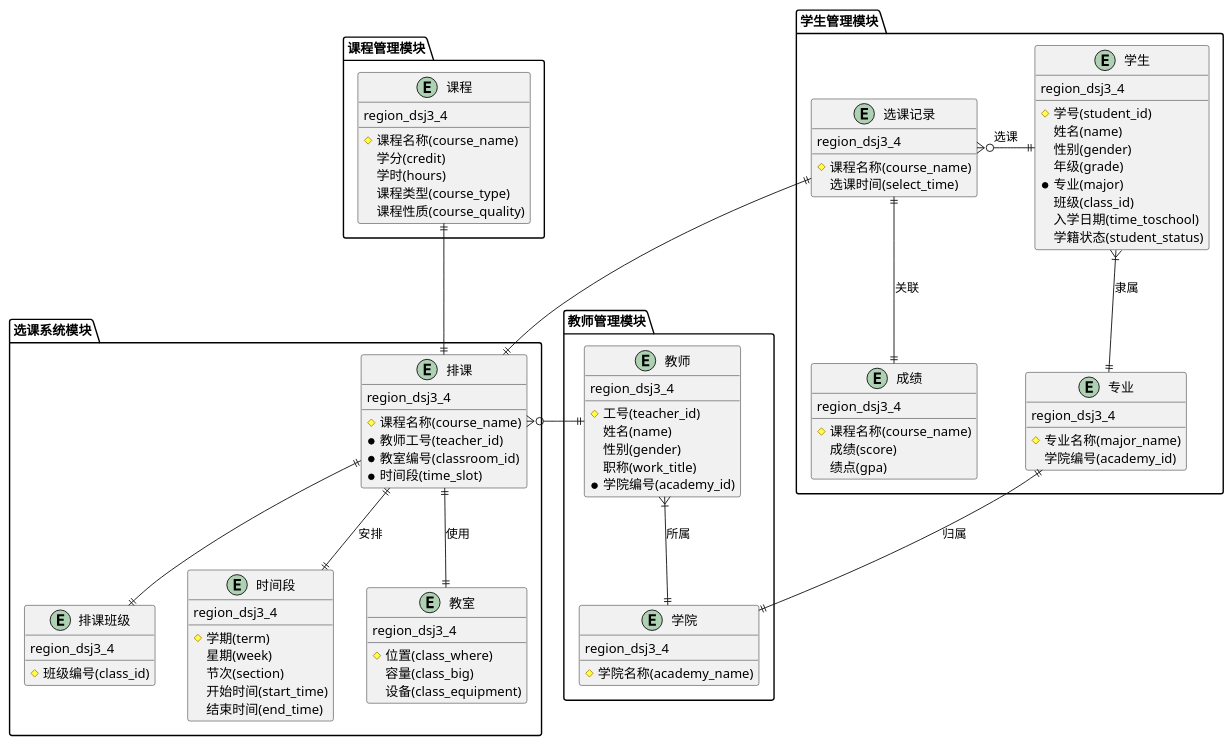
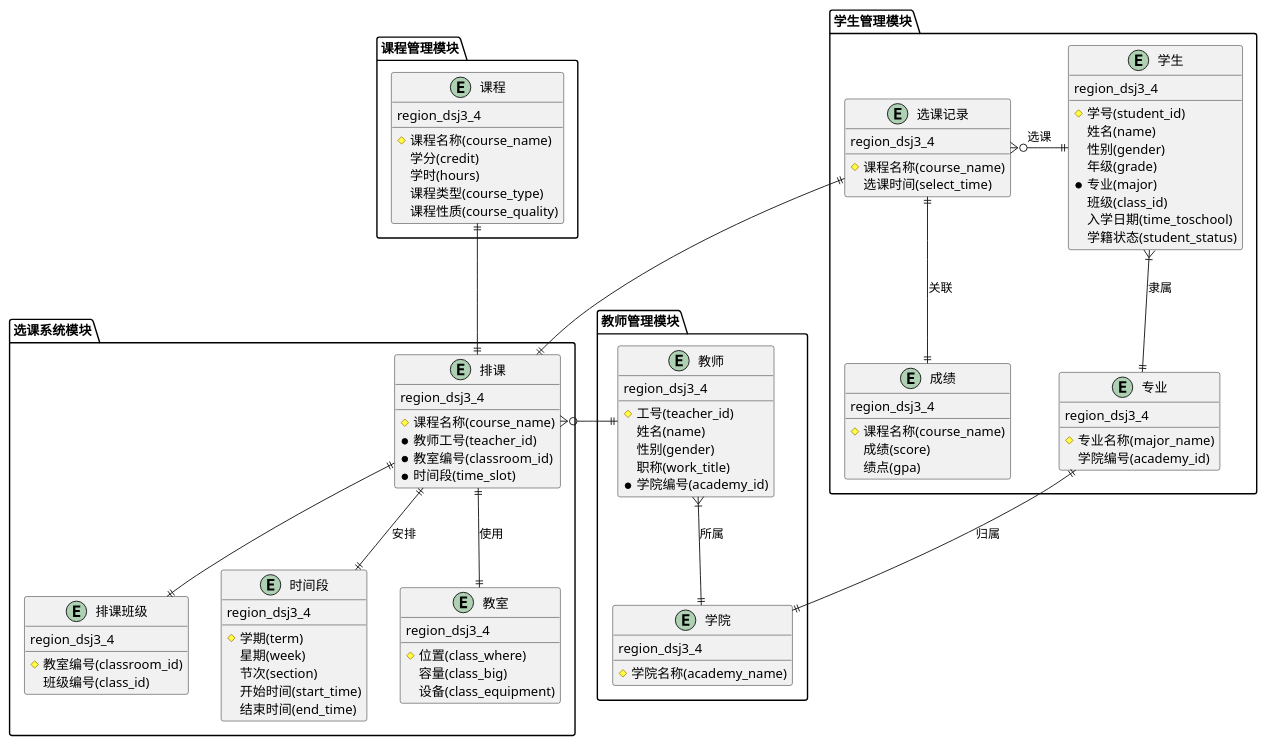
One commit to SweCui/Database_Development changed the diagram in darabase.puml. Above: the diagram before and after it, drawn with PlantUML. The commit also changed 15 other files, not shown here.

```diff
--- a/darabase.puml
+++ b/darabase.puml
@@ -1,117 +1,118 @@
 @startuml
 ' skinparam {
 '     defaultFontName "宋体"
 '     entityBorderColor #333333
 '     entityBackgroundColor #F8F9FA
 '     classAttributeIconSize 0
 '     linetype ortho
 ' }
 
 package "学生管理模块" {
     entity 学生 {
         # 学号(student_id)
         姓名(name)
         性别(gender)
         年级(grade)
         * 专业(major)
         班级(class_id)
         入学日期(time_toschool)
         学籍状态(student_status)
         region_dsj3_4
     }
 
     entity 专业 {
         # 专业名称(major_name)
         学院编号(academy_id)
         region_dsj3_4
     }
 
     entity 成绩 {
         # 课程名称(course_name)
         成绩(score)
         绩点(gpa)
         region_dsj3_4
     }
 
     entity 选课记录 {
         # 课程名称(course_name)
         选课时间(select_time)
         region_dsj3_4
     }
 }
 
 package "教师管理模块" {
     entity 教师 {
         # 工号(teacher_id)
         姓名(name)
         性别(gender)
         职称(work_title)
         * 学院编号(academy_id)
         region_dsj3_4
     }
 
     entity 学院 {
         # 学院名称(academy_name)
         region_dsj3_4
     }
 }
 
 package "课程管理模块" {
     entity 课程 {
         # 课程名称(course_name)
         学分(credit)
         学时(hours)
         课程类型(course_type)
         课程性质(course_quality)
         region_dsj3_4
     }
 }
 
 package "选课系统模块" {
     entity 排课 {
         # 课程名称(course_name)
         * 教师工号(teacher_id)
         * 教室编号(classroom_id)
         * 时间段(time_slot)
         region_dsj3_4
     }
 
     entity 时间段 {
         # 学期(term)
         星期(week)
         节次(section)
         开始时间(start_time)
         结束时间(end_time)
         region_dsj3_4
     }
 
     entity 教室 {
         # 位置(class_where)
         容量(class_big)
         设备(class_equipment)
         region_dsj3_4
     }
 
     entity 排课班级 {
-        # 班级编号(class_id)
+        # 教室编号(classroom_id)
+        班级编号(class_id)
         region_dsj3_4
     }
 }
 
 学生 ||-o{ 选课记录 : "选课"
 学生 }|--|| 专业 : "隶属"
 专业 ||--|| 学院 : "归属"
 
 教师 ||-o{ 排课
 教师 }|--|| 学院 : "所属"
 
 课程 ||--|| 排课 
 
 排课 ||--|| 排课班级
 排课 ||--|| 教室 : "使用"
 排课 ||--|| 时间段 : "安排"
 
 选课记录 ||--|| 排课
 选课记录 ||--|| 成绩 : "关联"
 
 @enduml
```
